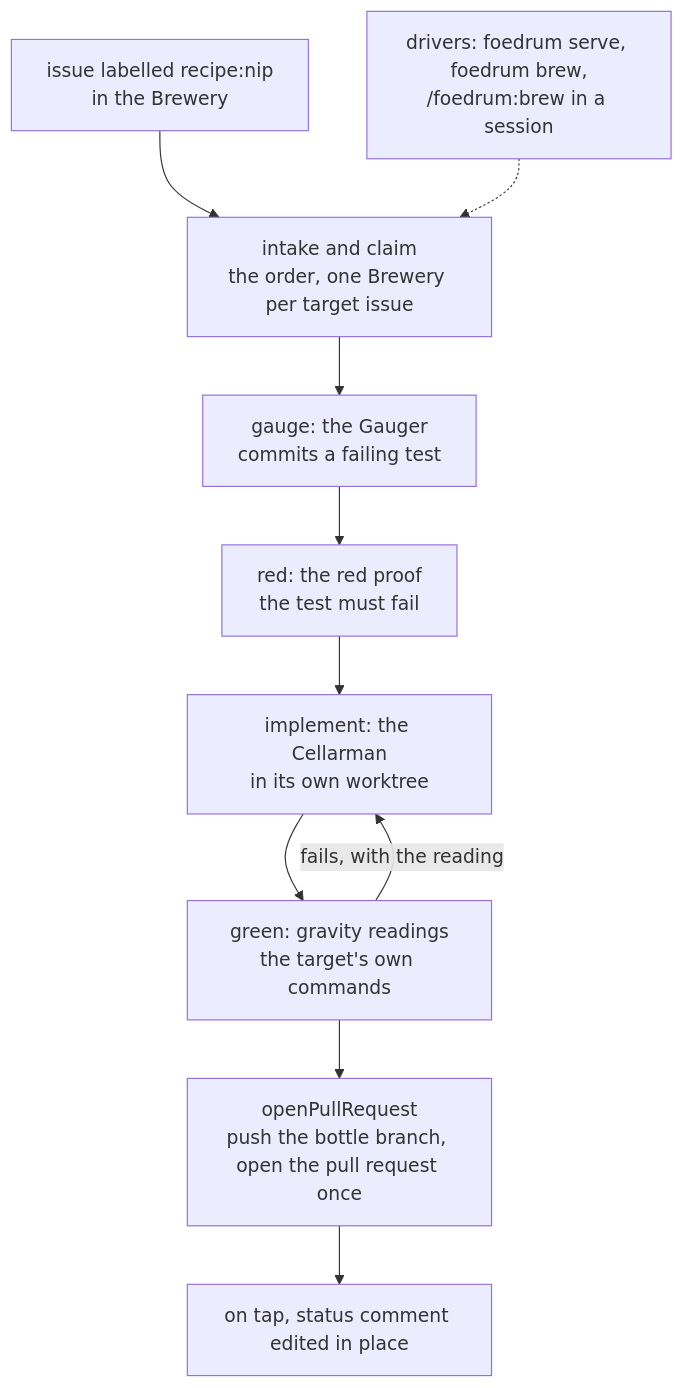
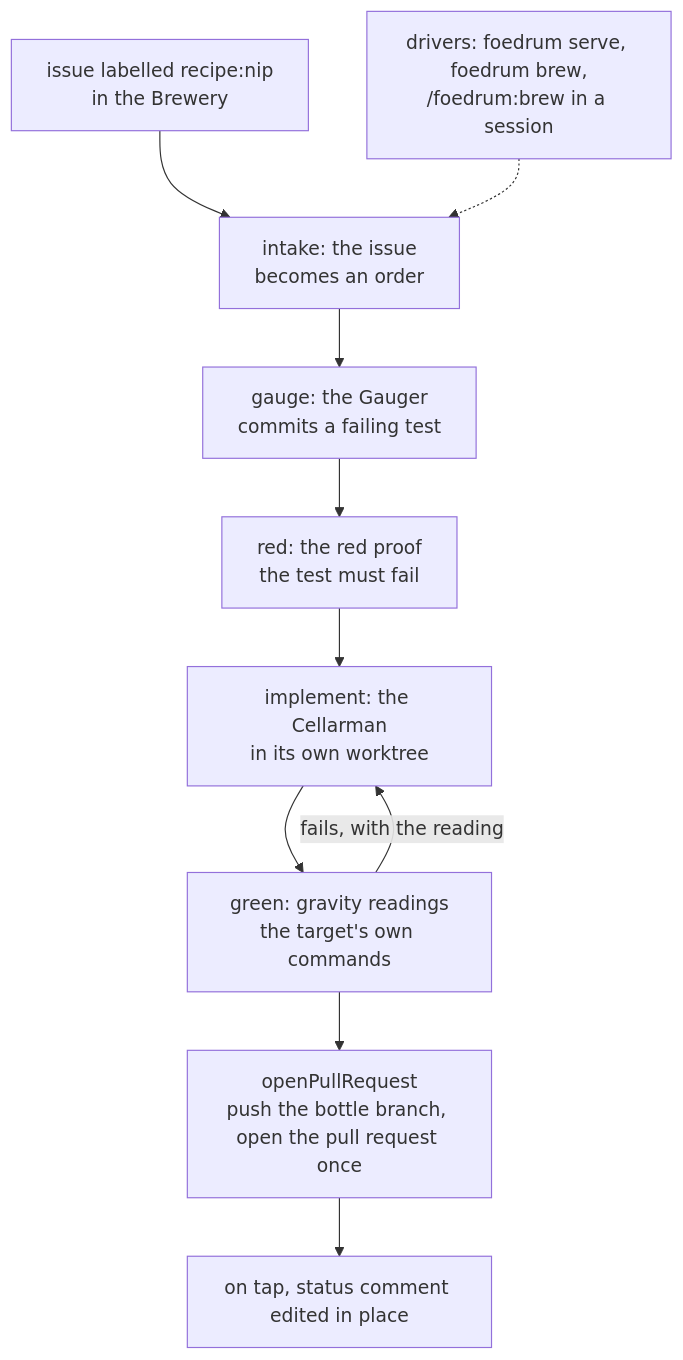
The diagram in docs/milestones/m1.md (EdwinBekaert/foedrum), drawn with Mermaid before and after one commit.

Commit message:
Drop the claim from M1's picture: a Brewery issue needs none
Only a target-repository issue is claimed (ADR 0043); the picture starts at an
issue in the Brewery, which becomes an order without one. Claims stay in the
tables below it.

````diff
--- a/docs/milestones/m1.md
+++ b/docs/milestones/m1.md
@@ -12,12 +12,12 @@
 ```mermaid
 flowchart TD
-  I["issue labelled recipe:nip<br/>in the Brewery"] --> N["intake and claim<br/>the order, one Brewery per target issue"]
+  I["issue labelled recipe:nip<br/>in the Brewery"] --> N["intake: the issue<br/>becomes an order"]
   N --> G["gauge: the Gauger<br/>commits a failing test"]
   G --> R["red: the red proof<br/>the test must fail"]
   R --> C["implement: the Cellarman<br/>in its own worktree"]
   C --> K["green: gravity readings<br/>the target's own commands"]
   K -->|fails, with the reading| C
   K --> P["openPullRequest<br/>push the bottle branch, open the pull request once"]
   P --> T[on tap, status comment edited in place]
   D["drivers: foedrum serve, foedrum brew,<br/>/foedrum:brew in a session"] -.-> N
 ```
````
